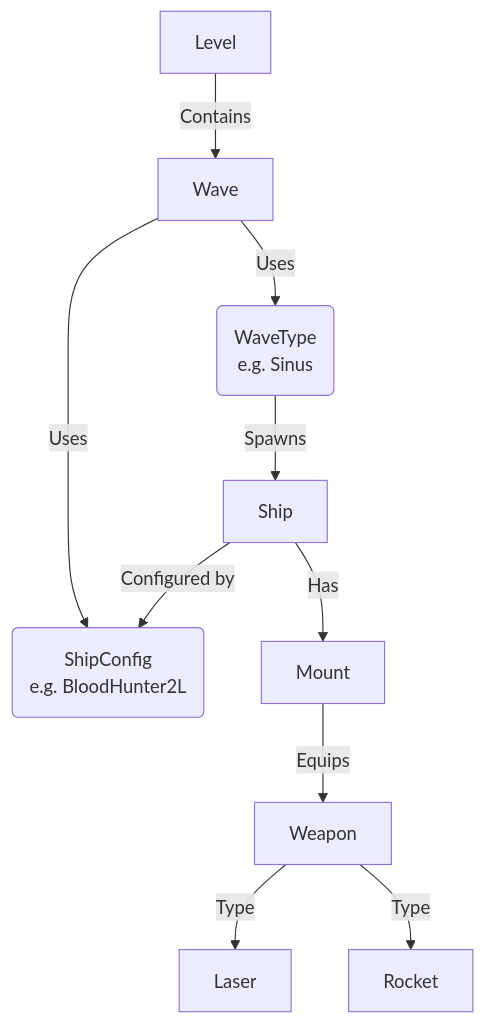
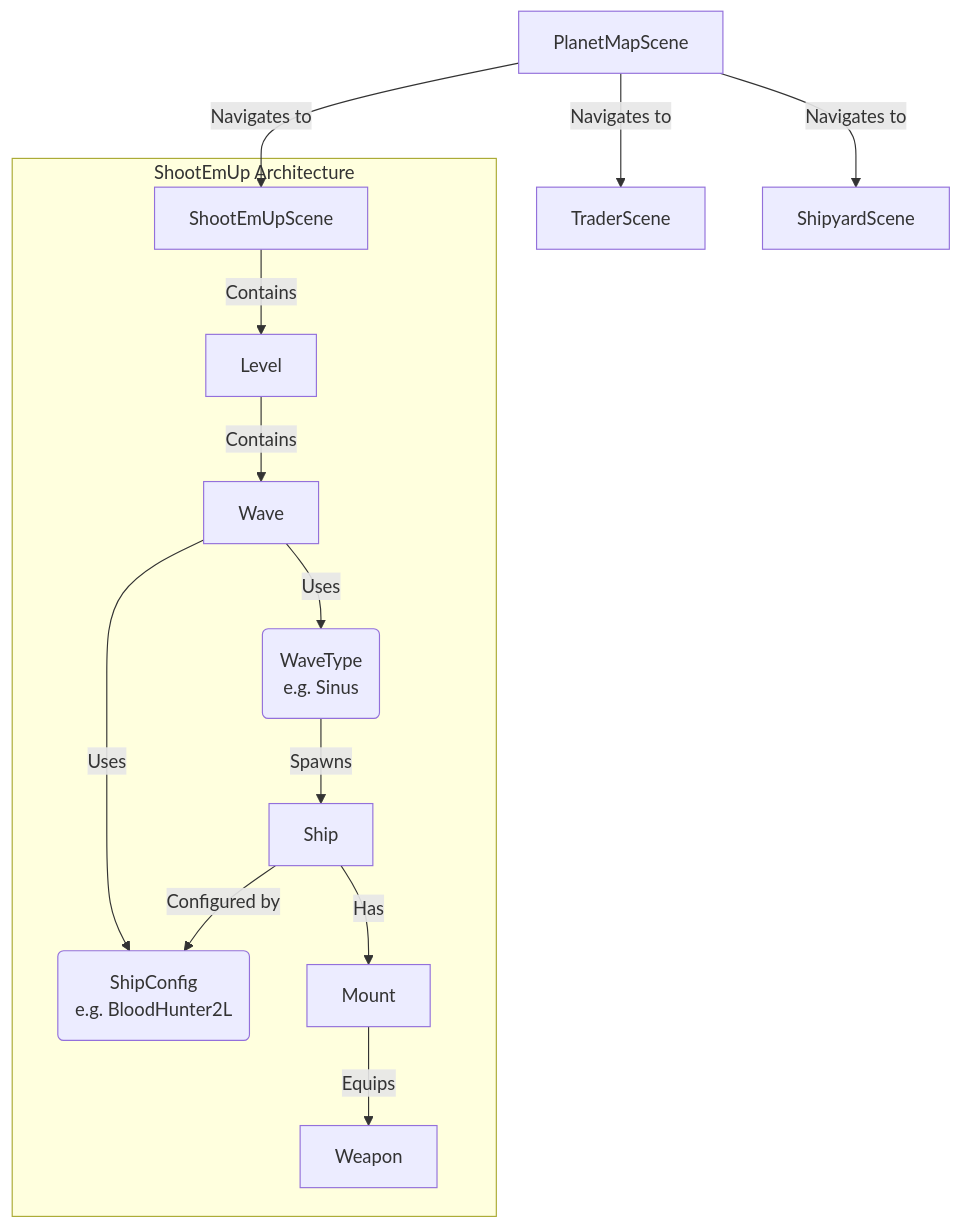
The diagram in README.md (pkcpkc/laser-phaser), drawn with Mermaid before and after one commit. The commit also changed other lines of this file and 21 other files, not shown here.

Commit message:
feat: Implement new Shipyard, Planet Map, Blood Hunters, Trader, and Tower Defense game scenes with supporting assets and tests.

````diff
--- a/README.md
+++ b/README.md
@@ -37,12 +37,17 @@
 ```mermaid
 graph TD
-    Level --> |Contains| Wave
-    Wave --> |Uses| WaveType(WaveType<br/>e.g. Sinus)
-    Wave --> |Uses| ShipConfig(ShipConfig<br/>e.g. BloodHunter2L)
-    WaveType --> |Spawns| Ship
-    Ship --> |Configured by| ShipConfig
-    Ship --> |Has| Mount
-    Mount --> |Equips| Weapon
-    Weapon --> |Type| Laser
-    Weapon --> |Type| Rocket
+    PlanetMapScene --> |Navigates to| ShootEmUpScene
+    PlanetMapScene --> |Navigates to| TraderScene
+    PlanetMapScene --> |Navigates to| ShipyardScene
+    
+    subgraph ShootEmUp Architecture
+        ShootEmUpScene --> |Contains| Level
+        Level --> |Contains| Wave
+        Wave --> |Uses| WaveType(WaveType<br/>e.g. Sinus)
+        Wave --> |Uses| ShipConfig(ShipConfig<br/>e.g. BloodHunter2L)
+        WaveType --> |Spawns| Ship
+        Ship --> |Configured by| ShipConfig
+        Ship --> |Has| Mount
+        Mount --> |Equips| Weapon
+    end
 ```
````
